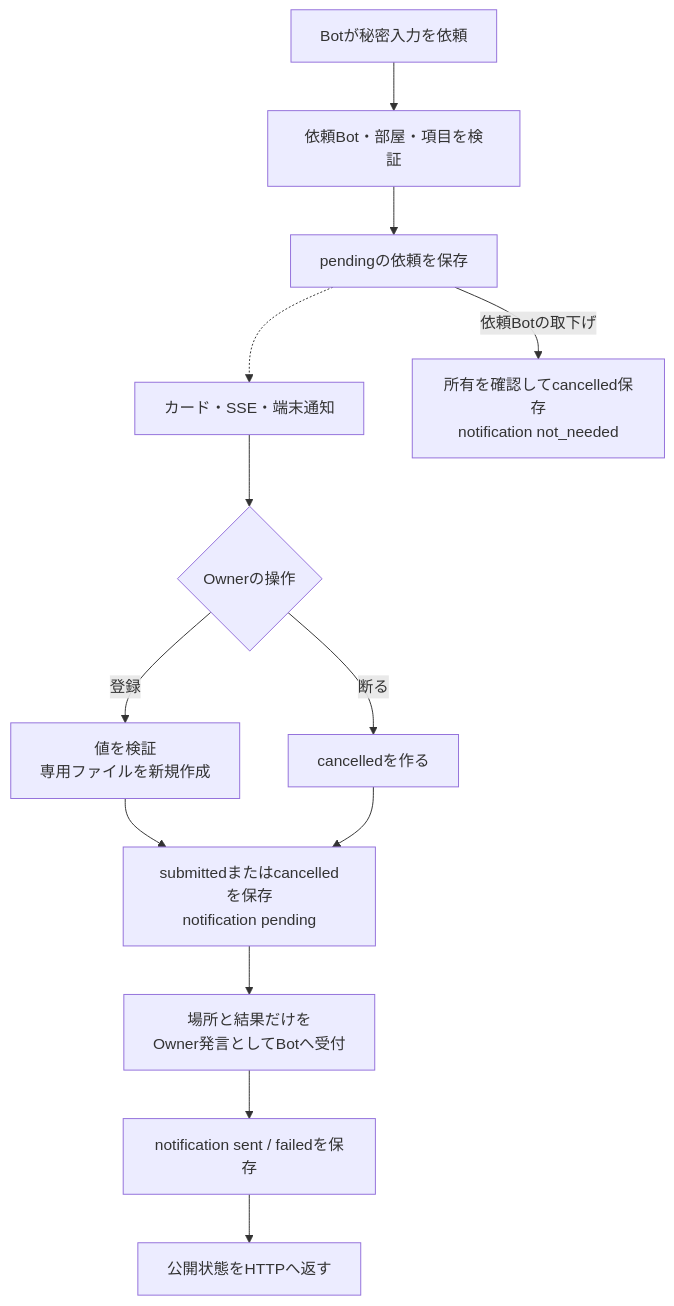
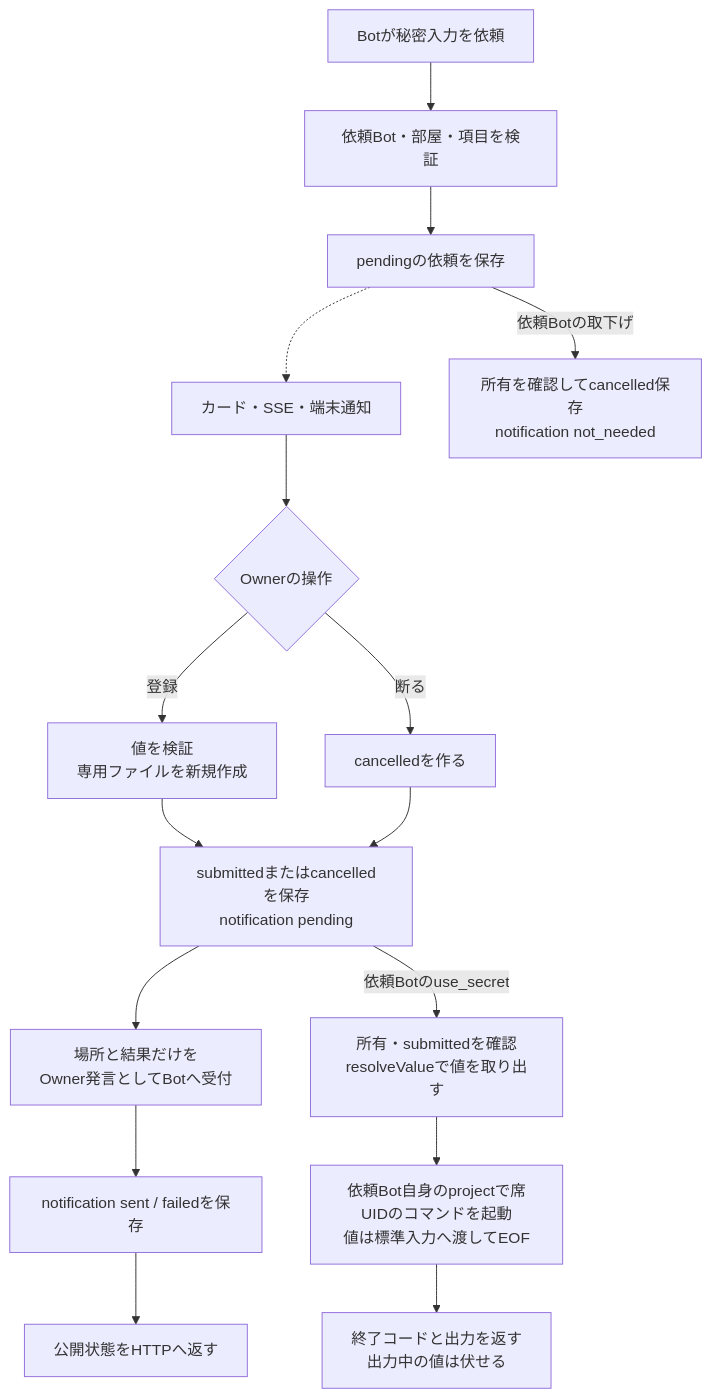
One commit to kitepon/BellTeam changed the first of 5 diagrams in docs/architecture/modules/usage/flows.md. Above: the diagram before and after it, drawn with Mermaid. The commit also changed other lines of this file and 10 other files, not shown here.

````diff
--- a/docs/architecture/modules/usage/flows.md
+++ b/docs/architecture/modules/usage/flows.md
@@ -7,15 +7,18 @@
 ```mermaid
 flowchart TD
   Ask["Botが秘密入力を依頼"] --> Create["依頼Bot・部屋・項目を検証"]
   Create --> Pending["pendingの依頼を保存"]
   Pending -.-> Card["カード・SSE・端末通知"]
   Card --> Owner{"Ownerの操作"}
   Owner -->|"登録"| Value["値を検証<br/>専用ファイルを新規作成"]
   Owner -->|"断る"| Cancel["cancelledを作る"]
   Value --> State["submittedまたはcancelledを保存<br/>notification pending"]
   Cancel --> State
   State --> Notify["場所と結果だけを<br/>Owner発言としてBotへ受付"]
   Notify --> Result["notification sent / failedを保存"]
   Result --> Reply["公開状態をHTTPへ返す"]
   Pending -->|"依頼Botの取下げ"| Withdraw["所有を確認してcancelled保存<br/>notification not_needed"]
+  State -->|"依頼Botのuse_secret"| Use["所有・submittedを確認<br/>resolveValueで値を取り出す"]
+  Use --> SeatRun["依頼Bot自身のprojectで席UIDのコマンドを起動<br/>値は標準入力へ渡してEOF"]
+  SeatRun --> UseReply["終了コードと出力を返す<br/>出力中の値は伏せる"]
 ```
````
